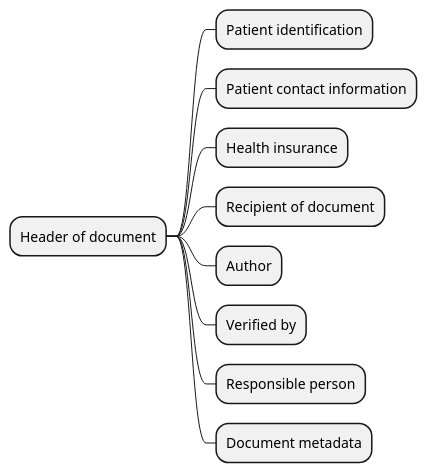
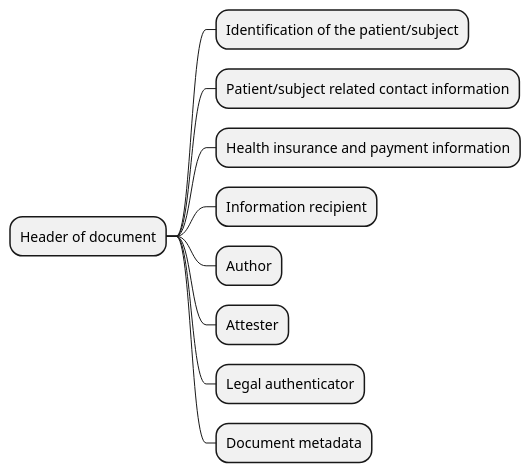
The diagram in input/images-source/header-mindmap-en.plantuml (HL7-cz/amb), drawn with PlantUML before and after one commit. The commit also changed 3 other files, not shown here.

```diff
--- a/input/images-source/header-mindmap-en.plantuml
+++ b/input/images-source/header-mindmap-en.plantuml
@@ -1,11 +1,11 @@
 @startmindmap MindmapHeaderEn
 * Header of document
-** Patient identification
-** Patient contact information
-** Health insurance
-** Recipient of document
+** Identification of the patient/subject
+** Patient/subject related contact information
+** Health insurance and payment information
+** Information recipient
 ** Author
-** Verified by
-** Responsible person
+** Attester
+** Legal authenticator
 ** Document metadata
 @endmindmap
```
